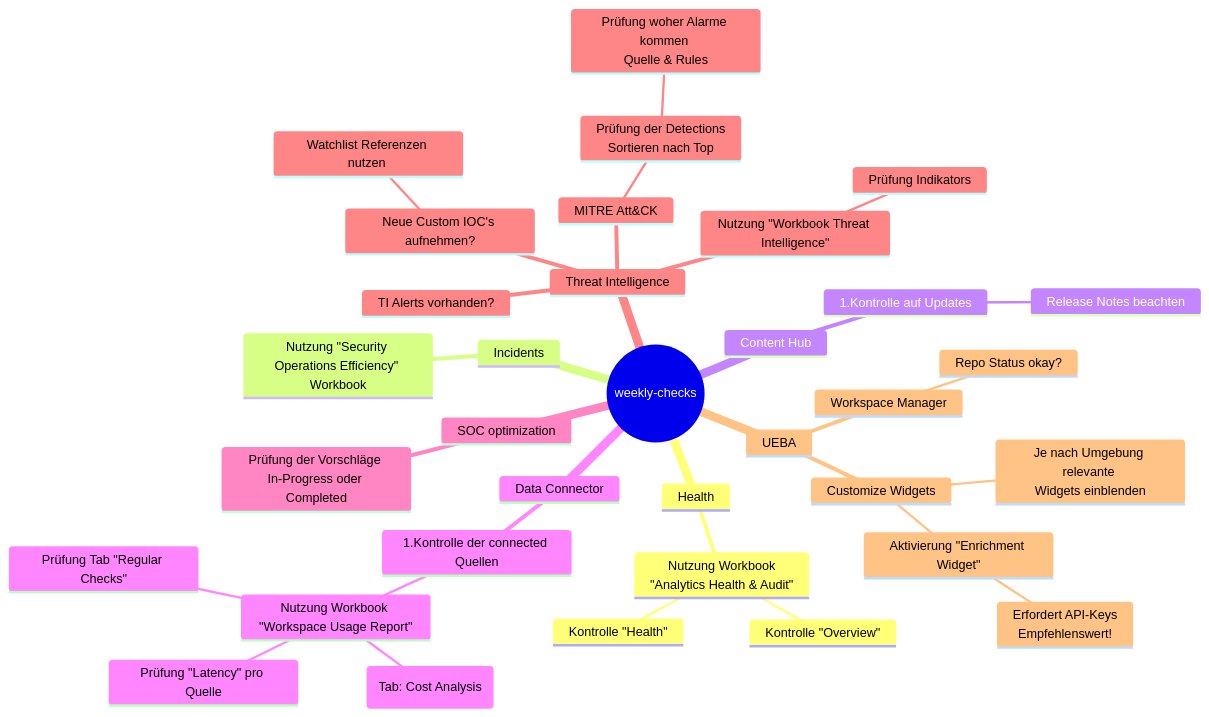
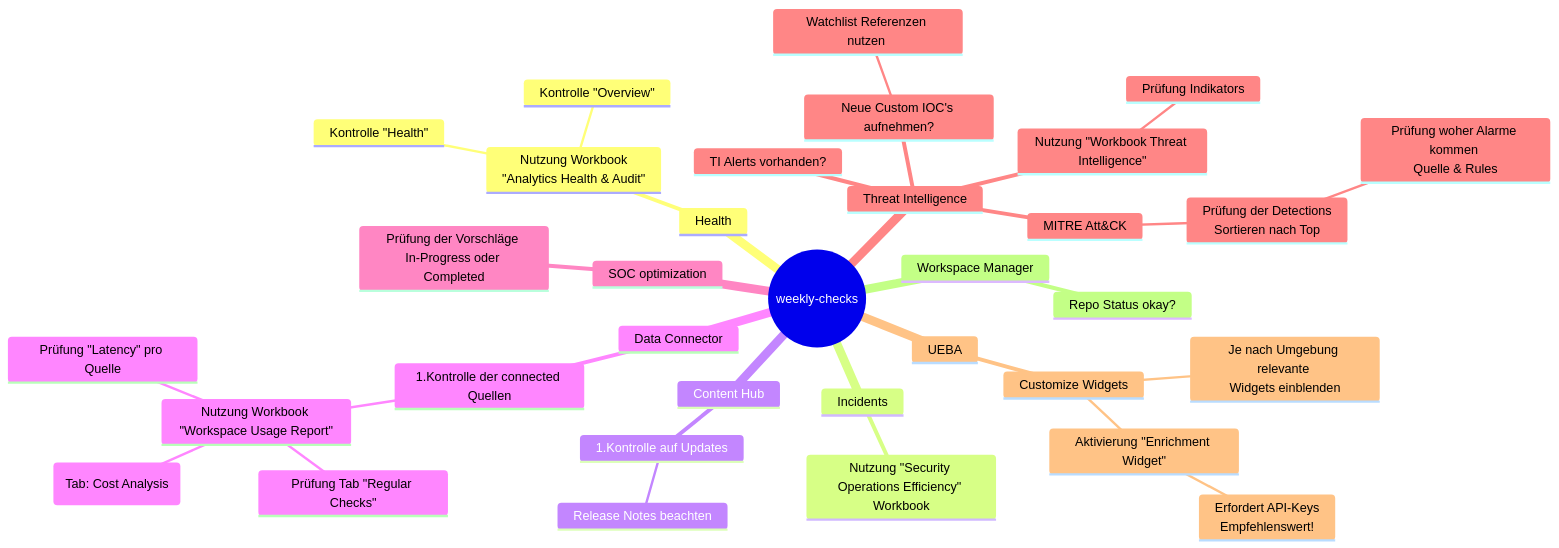
One commit to socGPT/msft-sentinel-pilot changed the diagram in soc-l1-weekly.md. Above: the diagram before and after it, drawn with Mermaid.

````diff
--- a/soc-l1-weekly.md
+++ b/soc-l1-weekly.md
@@ -10,37 +10,37 @@
 ```mermaid
 mindmap
   root((weekly-checks))
     Health
       Nutzung Workbook<br />"Analytics Health & Audit"
         Kontrolle "Overview"
         Kontrolle "Health"
     Incidents
       Nutzung "Security Operations Efficiency" <br />Workbook
     Content Hub
       1.Kontrolle auf Updates
         Release Notes beachten
     Data Connector
       1.Kontrolle der connected Quellen
           Nutzung Workbook "Workspace Usage Report"
             Prüfung Nutzen & Kosten (Tab: Cost Analysis)
             Prüfung "Latency" pro Quelle
             Prüfung Tab "Regular Checks"
     SOC optimization
       Prüfung der Vorschläge <br/>In-Progress oder Completed
     Threat Intelligence
       TI Alerts vorhanden?
       Neue Custom IOC's aufnehmen?
         Watchlist Referenzen nutzen 
       Nutzung "Workbook Threat Intelligence"
         Prüfung Indikators
       MITRE Att&CK
         Prüfung der Detections <br />Sortieren nach Top
           Prüfung woher Alarme kommen <br />Quelle & Rules
     UEBA
       Customize Widgets
         Je nach Umgebung relevante <br />Widgets einblenden
         Aktivierung "Enrichment Widget"
           Erfordert API-Keys <br />Empfehlenswert!
-      Workspace Manager
-        Repo Status okay?
+    Workspace Manager
+      Repo Status okay?
 ```
````
